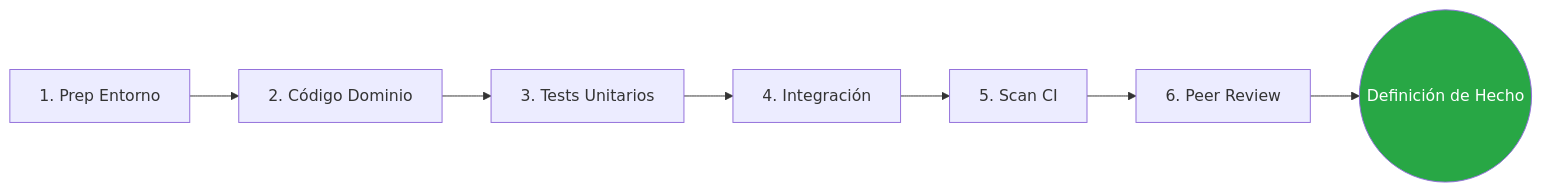
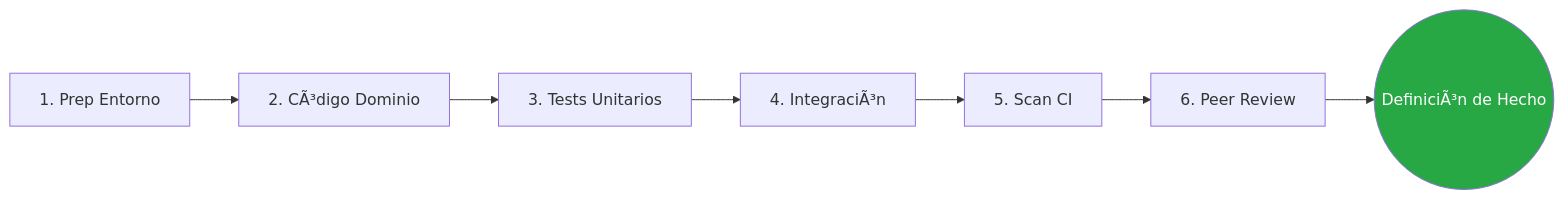
One commit to beyondnetcode/arc32_nodejs_progresive_monolith changed the second of 2 diagrams in governance/sdlc-es/02-engineering/construction-focused-sdlc-framework.md. Above: the diagram before and after it, drawn with Mermaid. The commit also changed other lines of this file and 303 other files, not shown here.

````diff
--- a/governance/sdlc-es/02-engineering/construction-focused-sdlc-framework.md
+++ b/governance/sdlc-es/02-engineering/construction-focused-sdlc-framework.md
@@ -46,11 +46,11 @@
 ```mermaid
 graph LR
-    A[1. Prep Entorno] --> B[2. Código Dominio]
+    A[1. Prep Entorno] --> B[2. CÃ³digo Dominio]
     B --> C[3. Tests Unitarios]
-    C --> D[4. Integración]
+    C --> D[4. IntegraciÃ³n]
     D --> E[5. Scan CI]
     E --> F[6. Peer Review]
-    F --> G((Definición de Hecho))
+    F --> G((DefiniciÃ³n de Hecho))
     
     style G fill:#28a745,color:#fff
 ```
````
